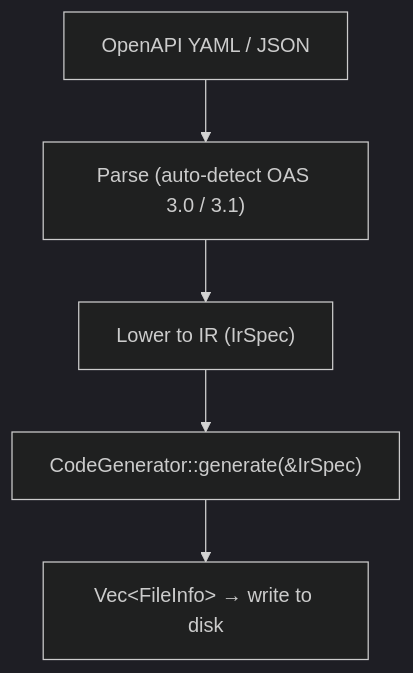
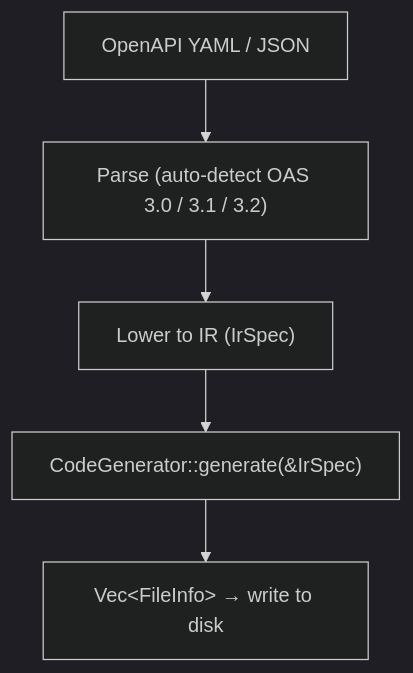
Before and after one commit to rust-codegen-group/openapi-nexus: the diagram in docs/src/introduction.md, drawn with Mermaid (dark theme). The commit also changed other lines of this file and 11 other files, not shown here.

````diff
--- a/docs/src/introduction.md
+++ b/docs/src/introduction.md
@@ -16,7 +23,7 @@
 ```mermaid
 flowchart TD
-    A["OpenAPI YAML / JSON"] --> B["Parse (auto-detect OAS 3.0 / 3.1)"]
+    A["OpenAPI YAML / JSON"] --> B["Parse (auto-detect OAS 3.0 / 3.1 / 3.2)"]
     B --> C["Lower to IR (IrSpec)"]
     C --> D["CodeGenerator::generate(&IrSpec)"]
     D --> E["Vec&lt;FileInfo&gt; → write to disk"]
 ```
````
